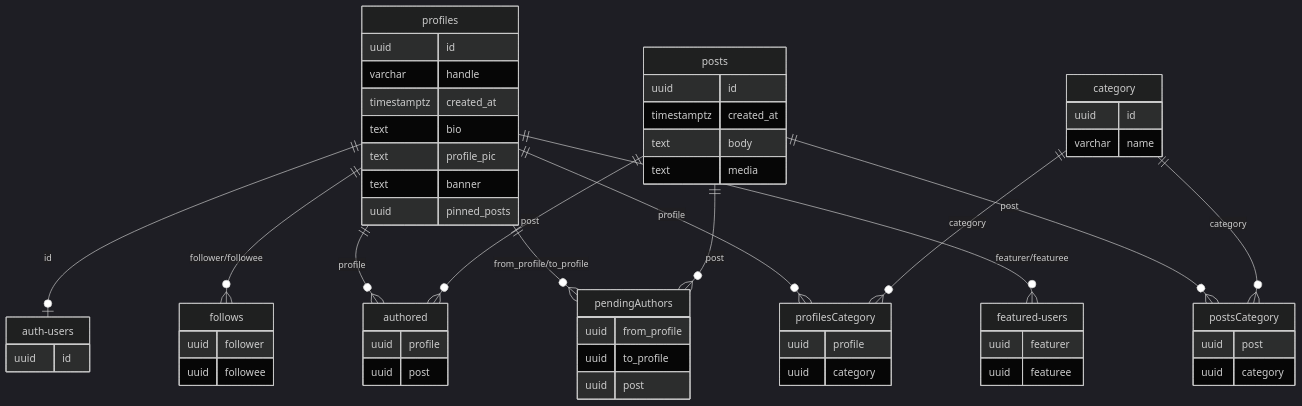
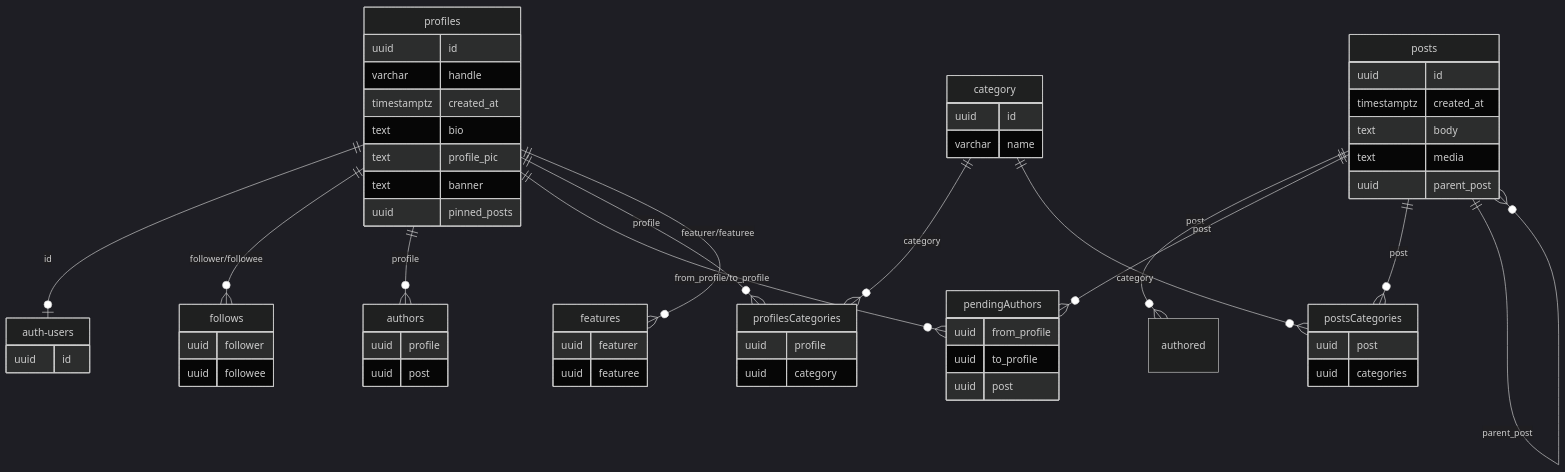
Before and after one commit to AFCMS/malley: the diagram in supabase/README.md, drawn with Mermaid (dark theme). The commit also changed other lines of this file, not shown here.

````diff
--- a/supabase/README.md
+++ b/supabase/README.md
@@ -5,74 +48,76 @@
 ```mermaid
 erDiagram
     profiles {
         uuid id
         varchar handle
         timestamptz created_at
         text bio
         text profile_pic
         text banner
         uuid pinned_posts
     }
 
     posts {
         uuid id
         timestamptz created_at
         text body
         text media
+        uuid parent_post
+    }
+
+    authors {
+        uuid profile
+        uuid post
+    }
+
+    pendingAuthors {
+        uuid from_profile
+        uuid to_profile
+        uuid post
     }
 
     category {
         uuid id
         varchar name
     }
 
     follows {
         uuid follower
         uuid followee
     }
 
-    authored {
-        uuid profile
-        uuid post
-    }
-
-    pendingAuthors {
-        uuid from_profile
-        uuid to_profile
-        uuid post
-    }
-
-    featured-users {
+    features {
         uuid featurer
         uuid featuree
     }
 
-    profilesCategory {
+    profilesCategories {
         uuid profile
         uuid category
     }
 
-    postsCategory {
+    postsCategories {
         uuid post
-        uuid category
+        uuid categories
     }
 
     auth-users {
         uuid id
     }
 
     profiles ||--o| auth-users : "id"
     profiles ||--o{ follows : "follower/followee"
-    profiles ||--o{ authored : "profile"
+    profiles ||--o{ authors : "profile"
     profiles ||--o{ pendingAuthors : "from_profile/to_profile"
-    profiles ||--o{ profilesCategory : "profile"
+    profiles ||--o{ profilesCategories : "profile"
 
     posts ||--o{ authored : "post"
     posts ||--o{ pendingAuthors : "post"
-    posts ||--o{ postsCategory : "post"
+    posts ||--o{ postsCategories : "post"
+    posts ||--o{ posts : "parent_post"
 
-    category ||--o{ profilesCategory : "category"
-    category ||--o{ postsCategory : "category"
+    category ||--o{ profilesCategories : "category"
+    category ||--o{ postsCategories : "category"
 
-    profiles ||--o{ featured-users : "featurer/featuree"
+    profiles ||--o{ features : "featurer/featuree"
 ```
````
